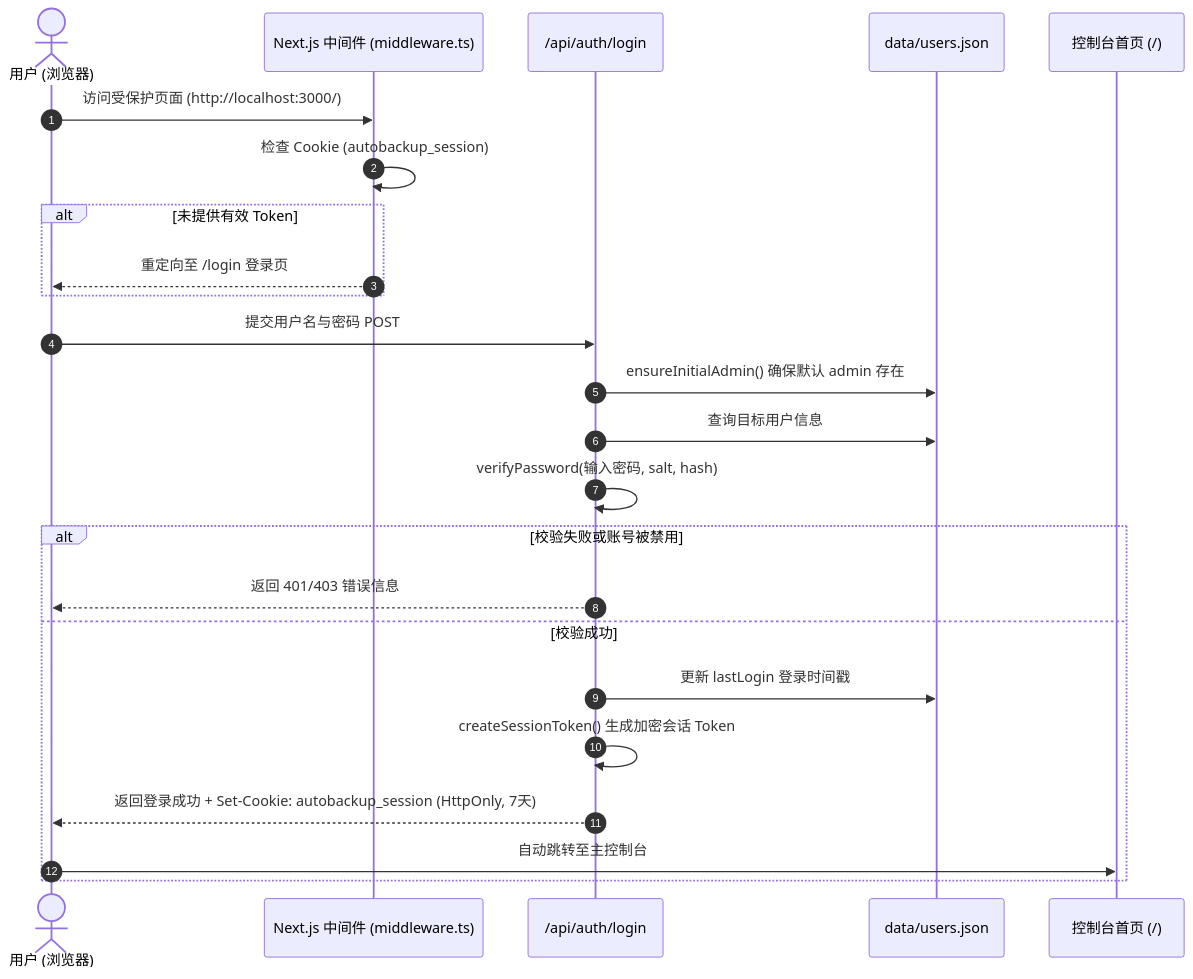
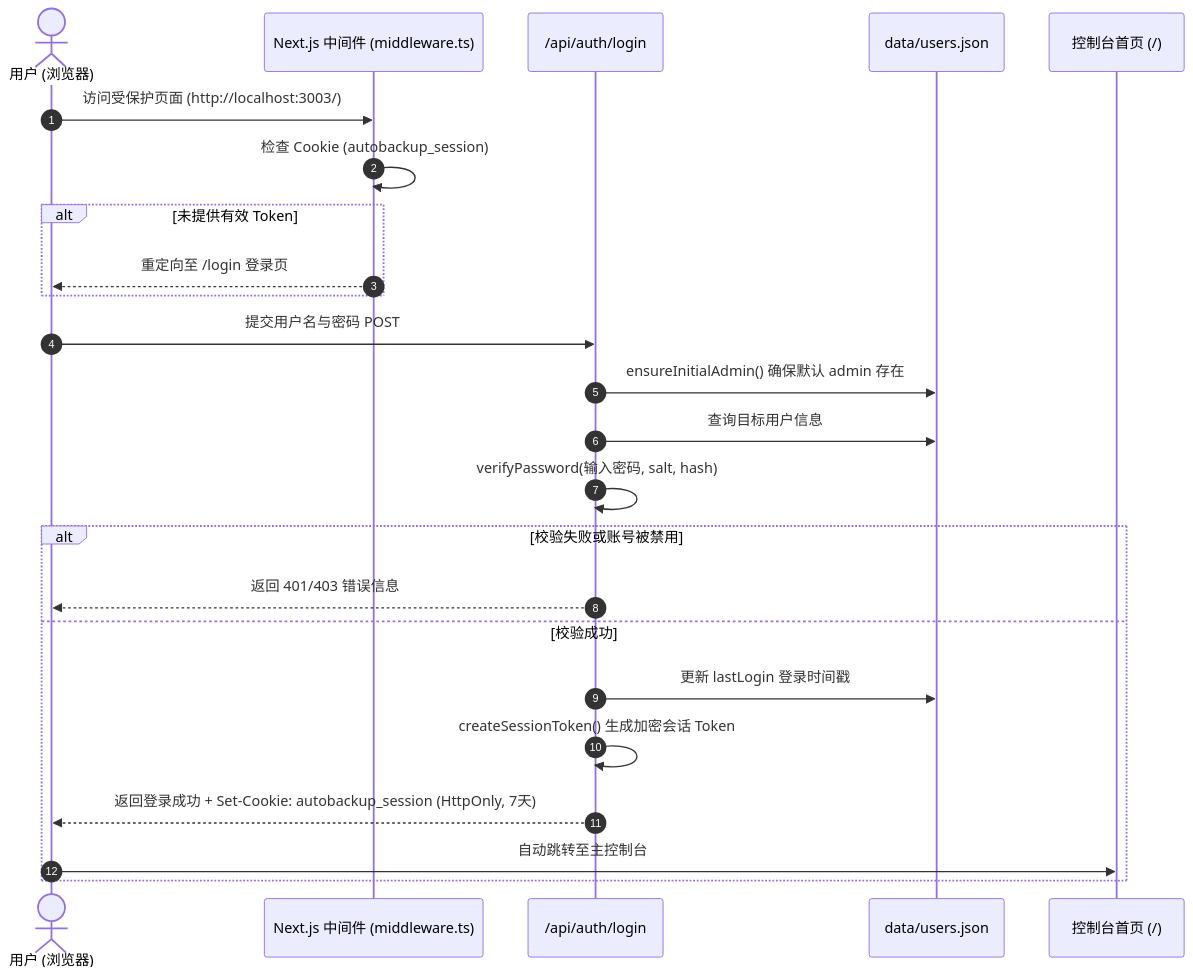
Before and after one commit to weiyang0903/autobackup: the first of 2 diagrams in docs/AUTHENTICATION_AND_USER_MANAGEMENT.md, drawn with Mermaid. The commit also changed other lines of this file and 6 other files, not shown here.

````diff
--- a/docs/AUTHENTICATION_AND_USER_MANAGEMENT.md
+++ b/docs/AUTHENTICATION_AND_USER_MANAGEMENT.md
@@ -40,28 +40,28 @@
 ```mermaid
 sequenceDiagram
     autonumber
     actor User as 用户 (浏览器)
     participant MW as Next.js 中间件 (middleware.ts)
     participant AuthAPI as /api/auth/login
     participant Storage as data/users.json
     participant Page as 控制台首页 (/)
 
-    User->>MW: 访问受保护页面 (http://localhost:3000/)
+    User->>MW: 访问受保护页面 (http://localhost:3003/)
     MW->>MW: 检查 Cookie (autobackup_session)
     alt 未提供有效 Token
         MW-->>User: 重定向至 /login 登录页
     end
 
     User->>AuthAPI: 提交用户名与密码 POST
     AuthAPI->>Storage: ensureInitialAdmin() 确保默认 admin 存在
     AuthAPI->>Storage: 查询目标用户信息
     AuthAPI->>AuthAPI: verifyPassword(输入密码, salt, hash)
     alt 校验失败或账号被禁用
         AuthAPI-->>User: 返回 401/403 错误信息
     else 校验成功
         AuthAPI->>Storage: 更新 lastLogin 登录时间戳
         AuthAPI->>AuthAPI: createSessionToken() 生成加密会话 Token
         AuthAPI-->>User: 返回登录成功 + Set-Cookie: autobackup_session (HttpOnly, 7天)
         User->>Page: 自动跳转至主控制台
     end
 ```
````
